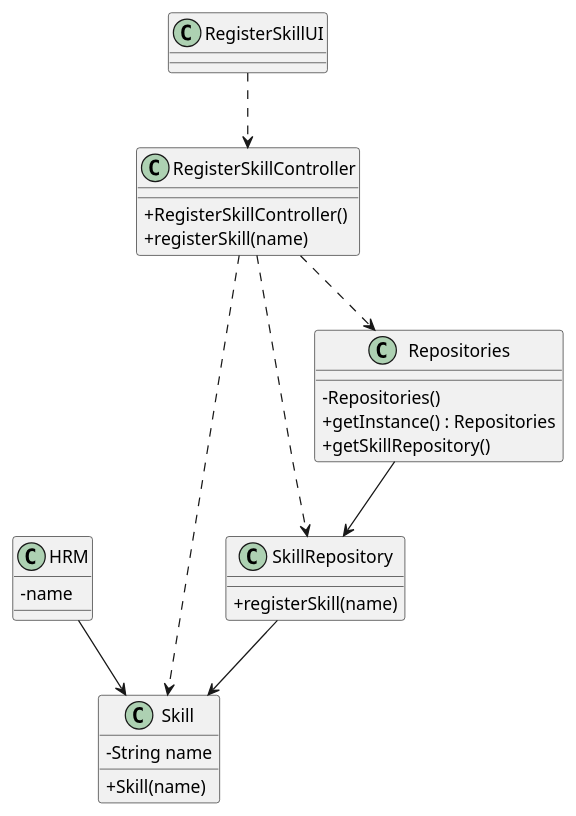
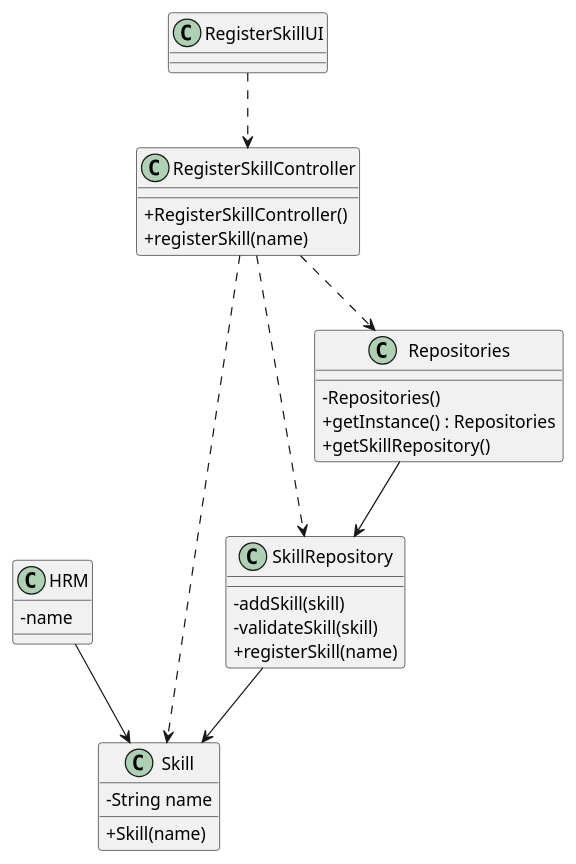
The diagram in docs/sprintA&B/us01/03.design/puml/us001-class-diagram.puml (daniel41silva05/ISEP_2023_2024_LAPR2), drawn with PlantUML before and after one commit. The commit also changed 22 other files, not shown here.

```diff
--- a/docs/sprintA&B/us01/03.design/puml/us001-class-diagram.puml
+++ b/docs/sprintA&B/us01/03.design/puml/us001-class-diagram.puml
@@ -1,48 +1,50 @@
 @startuml
 skinparam packageStyle rectangle
 skinparam shadowing false
 skinparam linetype polyline
 
 skinparam classAttributeIconSize 0
 
 'left to right direction
 
 class Skill {
     - String name
 
     + Skill(name)
 }
 
 class HRM {
     - name
 }
 
 class SkillRepository {
+    - addSkill(skill)
+    - validateSkill(skill)
     + registerSkill(name)
 }
 
 class Repositories {
     - Repositories()
     + getInstance() : Repositories
     + getSkillRepository()
 }
 
 class RegisterSkillController {
     + RegisterSkillController()
     + registerSkill(name)
 }
 
 class RegisterSkillUI {
 }
 
 RegisterSkillUI ..> RegisterSkillController
 RegisterSkillController ..> Repositories
 RegisterSkillController ..> SkillRepository
 RegisterSkillController ..> Skill
 Repositories --> SkillRepository
 HRM --> Skill
 SkillRepository --> Skill
 
 
 
 @enduml
```
